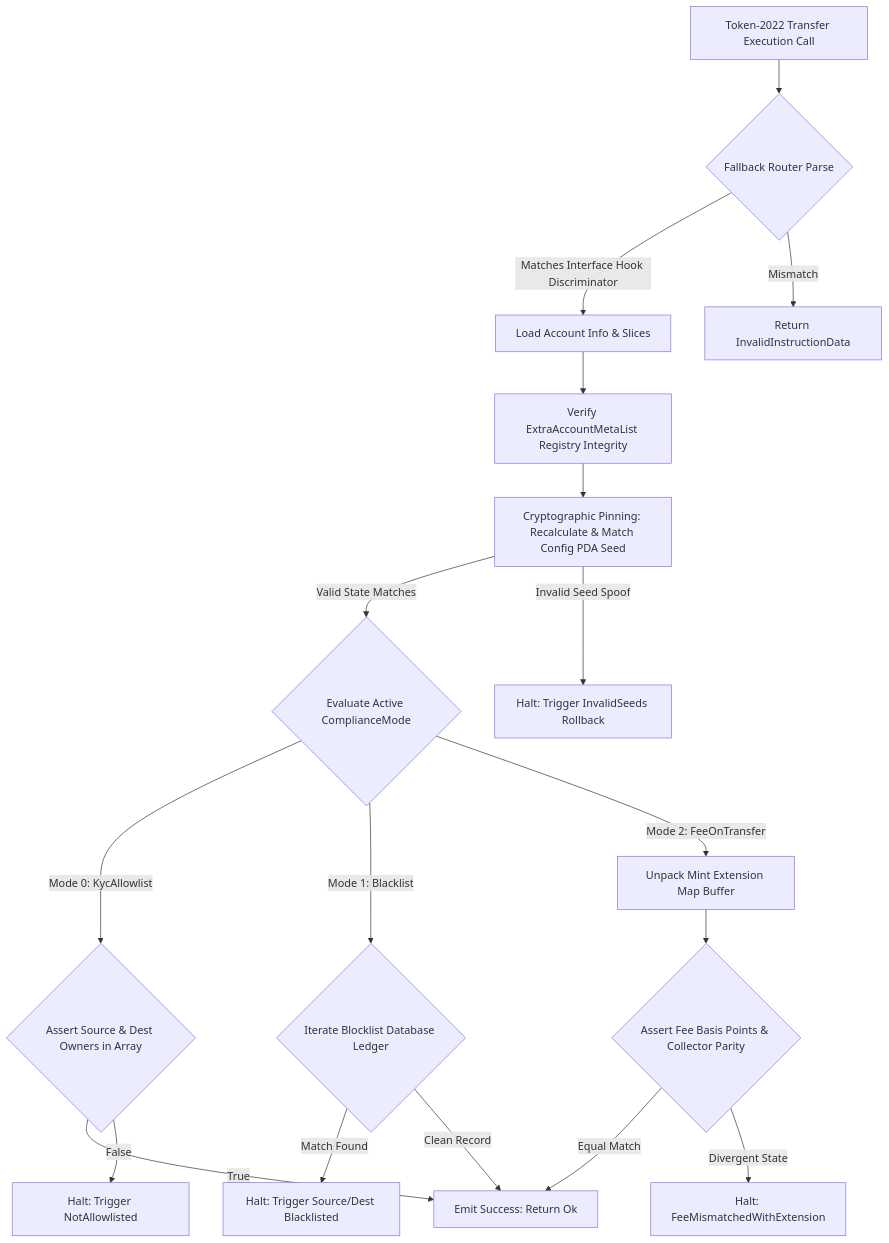
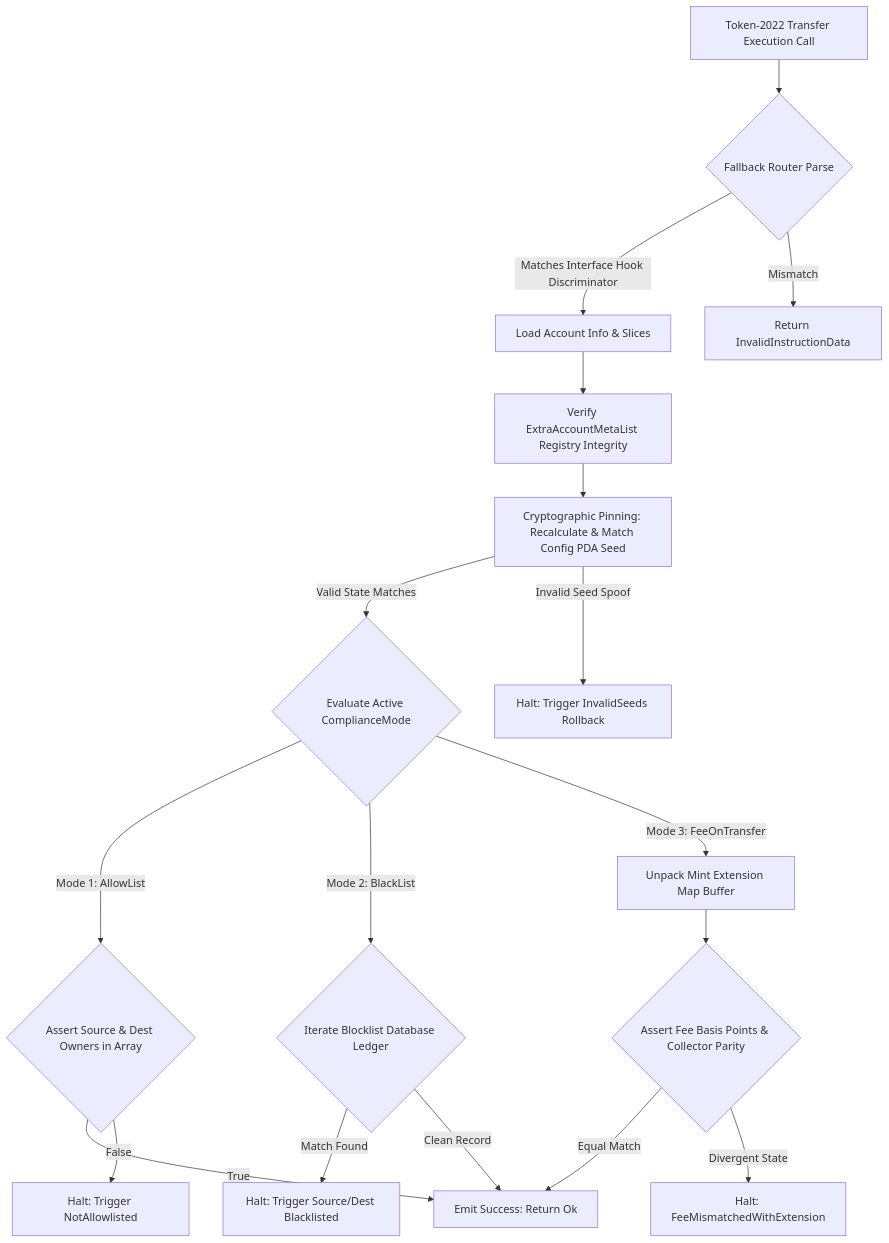
Before and after one commit to sks006/solana-compliance-hook: the fifth of 13 diagrams in README.md, drawn with Mermaid. The commit also changed other lines of this file, not shown here.

````diff
--- a/README.md
+++ b/README.md
@@ -132,26 +187,26 @@
 ```mermaid
 graph TD
     A[Token-2022 Transfer Execution Call] --> B{Fallback Router Parse}
-    B -- Matches Interface Hook Discriminator --> C[Load Account Info & Slices]
-    B -- Mismatch --> D[Return InvalidInstructionData]
+    B -- "Matches Interface Hook Discriminator" --> C[Load Account Info & Slices]
+    B -- "Mismatch" --> D[Return InvalidInstructionData]
     
     C --> E[Verify ExtraAccountMetaList Registry Integrity]
     E --> F[Cryptographic Pinning: Recalculate & Match Config PDA Seed]
     
-    F -- Valid State Matches --> G{Evaluate Active ComplianceMode}
-    F -- Invalid Seed Spoof --> H[Halt: Trigger InvalidSeeds Rollback]
+    F -- "Valid State Matches" --> G{Evaluate Active ComplianceMode}
+    F -- "Invalid Seed Spoof" --> H[Halt: Trigger InvalidSeeds Rollback]
     
-    G -- Mode 0: KycAllowlist --> I{Assert Source & Dest Owners in Array}
-    I -- True --> AA[Emit Success: Return Ok]
-    I -- False --> BB[Halt: Trigger NotAllowlisted]
+    G -- "Mode 1: AllowList" --> I{Assert Source & Dest Owners in Array}
+    I -- "True" --> AA[Emit Success: Return Ok]
+    I -- "False" --> BB[Halt: Trigger NotAllowlisted]
     
-    G -- Mode 1: Blacklist --> J{Iterate Blocklist Database Ledger}
-    J -- Match Found --> CC[Halt: Trigger Source/Dest Blacklisted]
-    J -- Clean Record --> AA
+    G -- "Mode 2: BlackList" --> J{Iterate Blocklist Database Ledger}
+    J -- "Match Found" --> CC[Halt: Trigger Source/Dest Blacklisted]
+    J -- "Clean Record" --> AA
     
-    G -- Mode 2: FeeOnTransfer --> K[Unpack Mint Extension Map Buffer]
+    G -- "Mode 3: FeeOnTransfer" --> K[Unpack Mint Extension Map Buffer]
     K --> L{Assert Fee Basis Points & Collector Parity}
-    L -- Equal Match --> AA
-    L -- Divergent State --> DD[Halt: FeeMismatchedWithExtension]
+    L -- "Equal Match" --> AA
+    L -- "Divergent State" --> DD[Halt: FeeMismatchedWithExtension]
 
 ```
````
